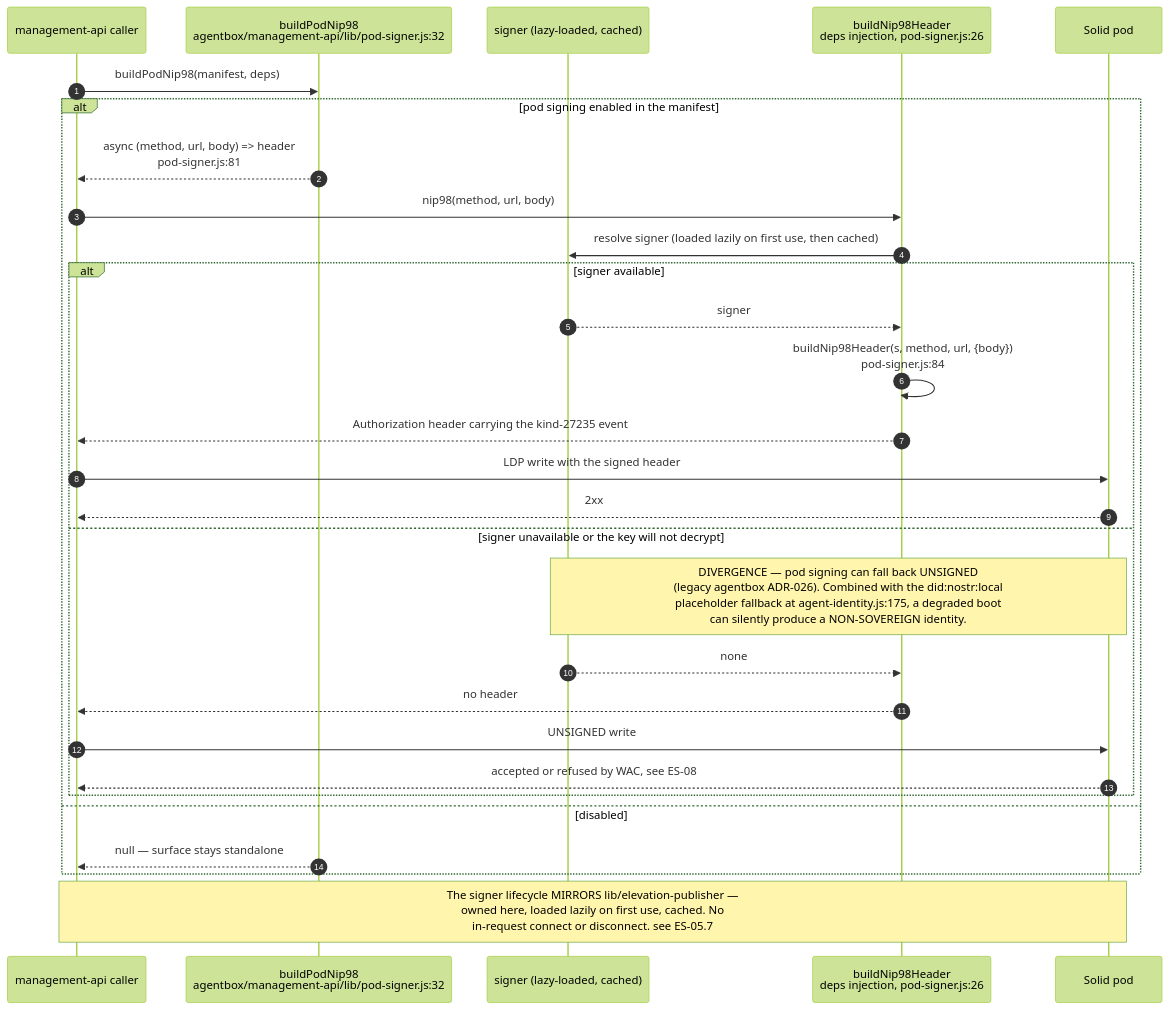
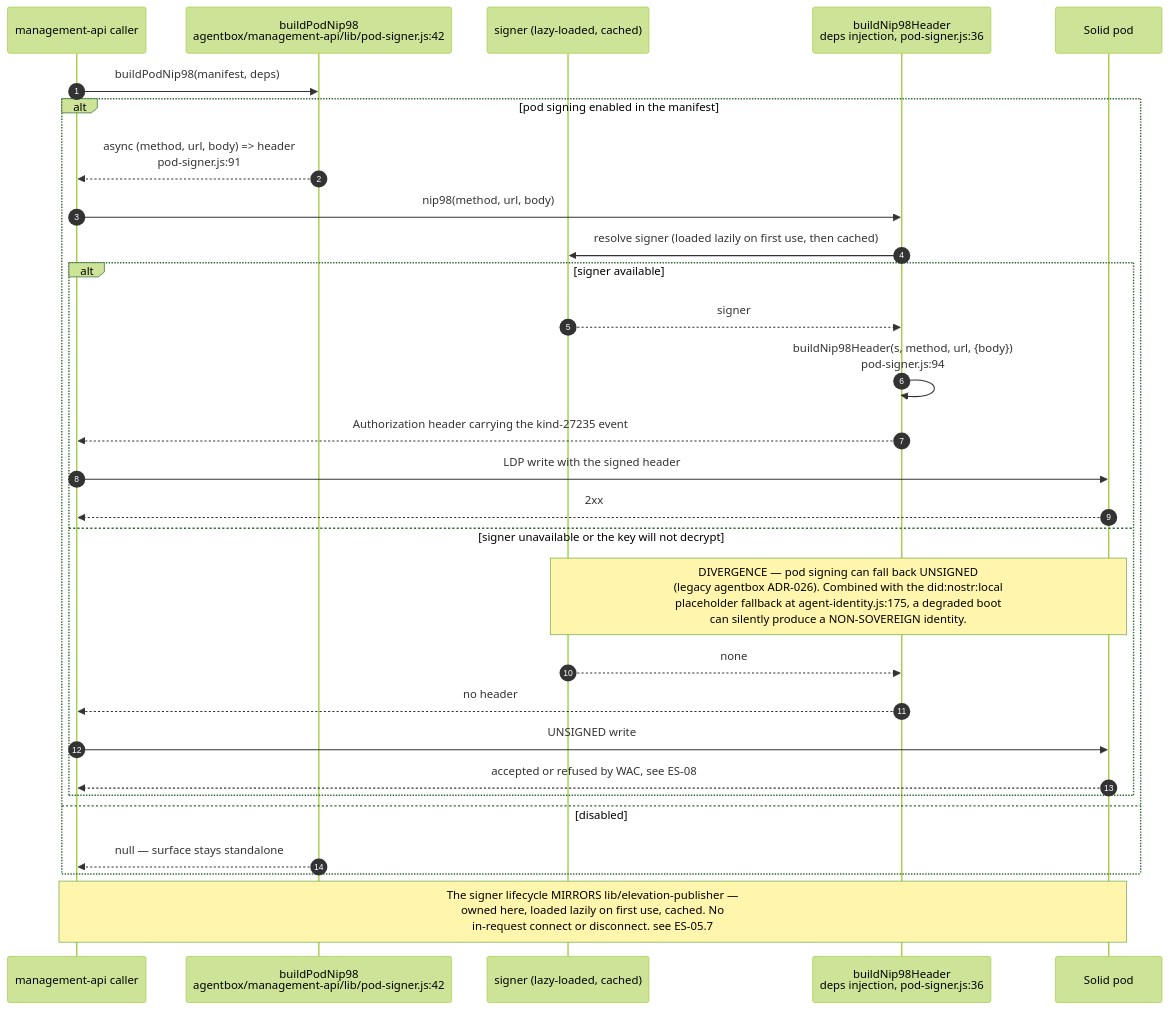
Before and after one commit to DreamLab-AI/AR-AI-Knowledge-Graph: the fourth of 6 diagrams in docs/diagrams/estate/04-identity-mesh-did-nostr.md, drawn with Mermaid (forest theme). The commit also changed other lines of this file and 73 other files, not shown here.

First line of the commit message:
docs(diagrams): re-verify all 71 topic files against HEAD; add --cite-check

````diff
--- a/docs/diagrams/estate/04-identity-mesh-did-nostr.md
+++ b/docs/diagrams/estate/04-identity-mesh-did-nostr.md
@@ -189,32 +189,32 @@
 ```mermaid
 sequenceDiagram
     autonumber
     participant CALLER as management-api caller
-    participant B as buildPodNip98<br/>agentbox/management-api/lib/pod-signer.js:32
+    participant B as buildPodNip98<br/>agentbox/management-api/lib/pod-signer.js:42
     participant S as signer (lazy-loaded, cached)
-    participant H as buildNip98Header<br/>deps injection, pod-signer.js:26
+    participant H as buildNip98Header<br/>deps injection, pod-signer.js:36
     participant POD as Solid pod
 
     CALLER->>B: buildPodNip98(manifest, deps)
     alt pod signing enabled in the manifest
-        B-->>CALLER: async (method, url, body) => header<br/>pod-signer.js:81
+        B-->>CALLER: async (method, url, body) => header<br/>pod-signer.js:91
         CALLER->>H: nip98(method, url, body)
         H->>S: resolve signer (loaded lazily on first use, then cached)
         alt signer available
             S-->>H: signer
-            H->>H: buildNip98Header(s, method, url, {body})<br/>pod-signer.js:84
+            H->>H: buildNip98Header(s, method, url, {body})<br/>pod-signer.js:94
             H-->>CALLER: Authorization header carrying the kind-27235 event
             CALLER->>POD: LDP write with the signed header
             POD-->>CALLER: 2xx
         else signer unavailable or the key will not decrypt
             Note over S,POD: DIVERGENCE — pod signing can fall back UNSIGNED<br/>(legacy agentbox ADR-026). Combined with the did:nostr:local<br/>placeholder fallback at agent-identity.js:175, a degraded boot<br/>can silently produce a NON-SOVEREIGN identity.
             S-->>H: none
             H-->>CALLER: no header
             CALLER->>POD: UNSIGNED write
             POD-->>CALLER: accepted or refused by WAC, see ES-08
         end
     else disabled
         B-->>CALLER: null — surface stays standalone
     end
     Note over CALLER,POD: The signer lifecycle MIRRORS lib/elevation-publisher —<br/>owned here, loaded lazily on first use, cached. No<br/>in-request connect or disconnect. see ES-05.7
 ```
````
